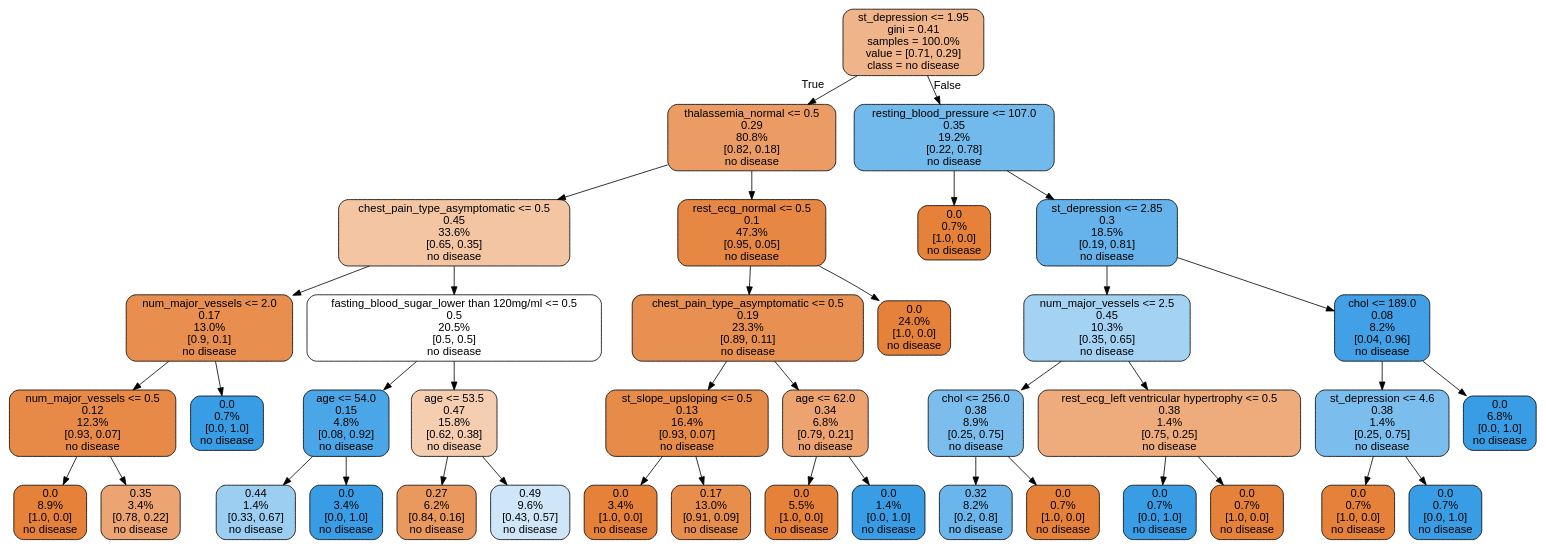
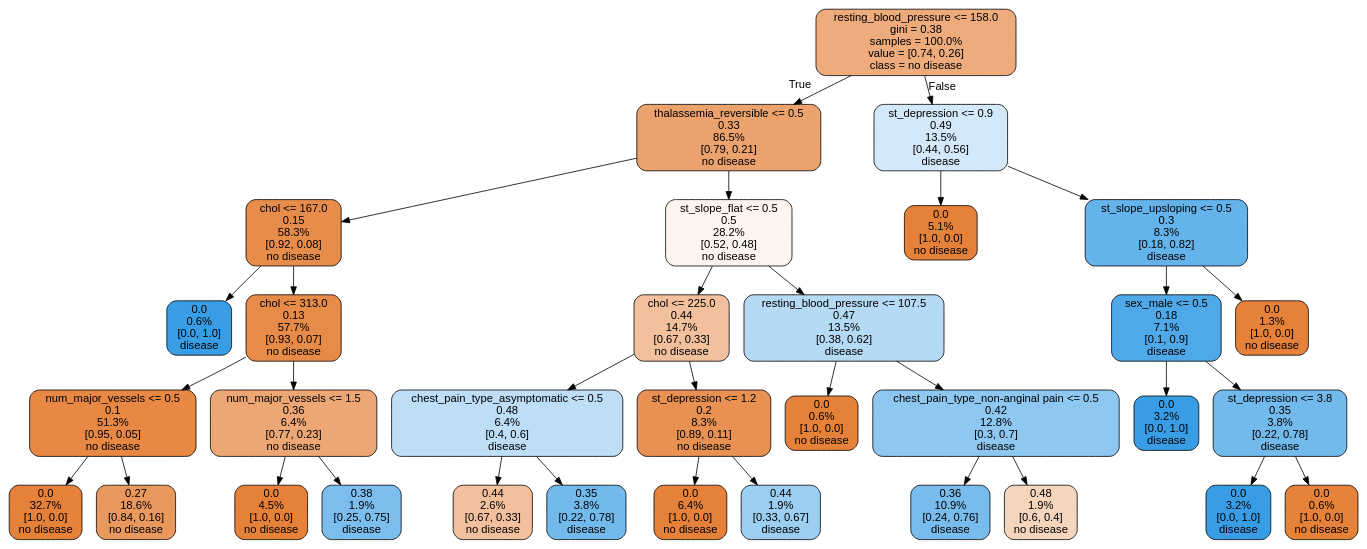
One commit to SarvaniK-26/VitalSense changed the diagram in tree.dot. Above: the diagram before and after it, drawn with Graphviz. The commit also changed 2 other files, not shown here.

Commit message:
update permutation importances chart

```diff
--- a/tree.dot
+++ b/tree.dot
@@ -1,81 +1,69 @@
 digraph Tree {
 node [shape=box, style="filled, rounded", color="black", fontname="helvetica"] ;
 edge [fontname="helvetica"] ;
-0 [label="st_depression <= 1.95\ngini = 0.41\nsamples = 100.0%\nvalue = [0.71, 0.29]\nclass = no disease", fillcolor="#f0b48a"] ;
-1 [label="thalassemia_normal <= 0.5\n0.29\n80.8%\n[0.82, 0.18]\nno disease", fillcolor="#eb9c64"] ;
+0 [label="resting_blood_pressure <= 158.0\ngini = 0.38\nsamples = 100.0%\nvalue = [0.74, 0.26]\nclass = no disease", fillcolor="#eeac7d"] ;
+1 [label="thalassemia_reversible <= 0.5\n0.33\n86.5%\n[0.79, 0.21]\nno disease", fillcolor="#eca26d"] ;
 0 -> 1 [labeldistance=2.5, labelangle=45, headlabel="True"] ;
-2 [label="chest_pain_type_asymptomatic <= 0.5\n0.45\n33.6%\n[0.65, 0.35]\nno disease", fillcolor="#f3c5a3"] ;
+2 [label="chol <= 167.0\n0.15\n58.3%\n[0.92, 0.08]\nno disease", fillcolor="#e78d4b"] ;
 1 -> 2 ;
-3 [label="num_major_vessels <= 2.0\n0.17\n13.0%\n[0.9, 0.1]\nno disease", fillcolor="#e88e4e"] ;
+3 [label="0.0\n0.6%\n[0.0, 1.0]\ndisease", fillcolor="#399de5"] ;
 2 -> 3 ;
-4 [label="num_major_vessels <= 0.5\n0.12\n12.3%\n[0.93, 0.07]\nno disease", fillcolor="#e78a47"] ;
-3 -> 4 ;
-5 [label="0.0\n8.9%\n[1.0, 0.0]\nno disease", fillcolor="#e58139"] ;
+4 [label="chol <= 313.0\n0.13\n57.7%\n[0.93, 0.07]\nno disease", fillcolor="#e78b48"] ;
+2 -> 4 ;
+5 [label="num_major_vessels <= 0.5\n0.1\n51.3%\n[0.95, 0.05]\nno disease", fillcolor="#e78844"] ;
 4 -> 5 ;
-6 [label="0.35\n3.4%\n[0.78, 0.22]\nno disease", fillcolor="#eca572"] ;
-4 -> 6 ;
-7 [label="0.0\n0.7%\n[0.0, 1.0]\nno disease", fillcolor="#399de5"] ;
-3 -> 7 ;
-8 [label="fasting_blood_sugar_lower than 120mg/ml <= 0.5\n0.5\n20.5%\n[0.5, 0.5]\nno disease", fillcolor="#ffffff"] ;
-2 -> 8 ;
-9 [label="age <= 54.0\n0.15\n4.8%\n[0.08, 0.92]\nno disease", fillcolor="#4ba6e7"] ;
+6 [label="0.0\n32.7%\n[1.0, 0.0]\nno disease", fillcolor="#e58139"] ;
+5 -> 6 ;
+7 [label="0.27\n18.6%\n[0.84, 0.16]\nno disease", fillcolor="#ea995e"] ;
+5 -> 7 ;
+8 [label="num_major_vessels <= 1.5\n0.36\n6.4%\n[0.77, 0.23]\nno disease", fillcolor="#eda774"] ;
+4 -> 8 ;
+9 [label="0.0\n4.5%\n[1.0, 0.0]\nno disease", fillcolor="#e58139"] ;
 8 -> 9 ;
-10 [label="0.44\n1.4%\n[0.33, 0.67]\nno disease", fillcolor="#9ccef2"] ;
-9 -> 10 ;
-11 [label="0.0\n3.4%\n[0.0, 1.0]\nno disease", fillcolor="#399de5"] ;
-9 -> 11 ;
-12 [label="age <= 53.5\n0.47\n15.8%\n[0.62, 0.38]\nno disease", fillcolor="#f5cdb0"] ;
-8 -> 12 ;
-13 [label="0.27\n6.2%\n[0.84, 0.16]\nno disease", fillcolor="#ea995e"] ;
+10 [label="0.38\n1.9%\n[0.25, 0.75]\ndisease", fillcolor="#7bbeee"] ;
+8 -> 10 ;
+11 [label="st_slope_flat <= 0.5\n0.5\n28.2%\n[0.52, 0.48]\nno disease", fillcolor="#fdf4ee"] ;
+1 -> 11 ;
+12 [label="chol <= 225.0\n0.44\n14.7%\n[0.67, 0.33]\nno disease", fillcolor="#f2c09c"] ;
+11 -> 12 ;
+13 [label="chest_pain_type_asymptomatic <= 0.5\n0.48\n6.4%\n[0.4, 0.6]\ndisease", fillcolor="#bddef6"] ;
 12 -> 13 ;
-14 [label="0.49\n9.6%\n[0.43, 0.57]\nno disease", fillcolor="#cee6f8"] ;
-12 -> 14 ;
-15 [label="rest_ecg_normal <= 0.5\n0.1\n47.3%\n[0.95, 0.05]\nno disease", fillcolor="#e68844"] ;
-1 -> 15 ;
-16 [label="chest_pain_type_asymptomatic <= 0.5\n0.19\n23.3%\n[0.89, 0.11]\nno disease", fillcolor="#e89051"] ;
-15 -> 16 ;
-17 [label="st_slope_upsloping <= 0.5\n0.13\n16.4%\n[0.93, 0.07]\nno disease", fillcolor="#e78b48"] ;
+14 [label="0.44\n2.6%\n[0.67, 0.33]\nno disease", fillcolor="#f2c09c"] ;
+13 -> 14 ;
+15 [label="0.35\n3.8%\n[0.22, 0.78]\ndisease", fillcolor="#72b9ec"] ;
+13 -> 15 ;
+16 [label="st_depression <= 1.2\n0.2\n8.3%\n[0.89, 0.11]\nno disease", fillcolor="#e89152"] ;
+12 -> 16 ;
+17 [label="0.0\n6.4%\n[1.0, 0.0]\nno disease", fillcolor="#e58139"] ;
 16 -> 17 ;
-18 [label="0.0\n3.4%\n[1.0, 0.0]\nno disease", fillcolor="#e58139"] ;
-17 -> 18 ;
-19 [label="0.17\n13.0%\n[0.91, 0.09]\nno disease", fillcolor="#e88e4d"] ;
-17 -> 19 ;
-20 [label="age <= 62.0\n0.34\n6.8%\n[0.79, 0.21]\nno disease", fillcolor="#eca36f"] ;
-16 -> 20 ;
-21 [label="0.0\n5.5%\n[1.0, 0.0]\nno disease", fillcolor="#e58139"] ;
-20 -> 21 ;
-22 [label="0.0\n1.4%\n[0.0, 1.0]\nno disease", fillcolor="#399de5"] ;
-20 -> 22 ;
-23 [label="0.0\n24.0%\n[1.0, 0.0]\nno disease", fillcolor="#e58139"] ;
-15 -> 23 ;
-24 [label="resting_blood_pressure <= 107.0\n0.35\n19.2%\n[0.22, 0.78]\nno disease", fillcolor="#72b9ec"] ;
+18 [label="0.44\n1.9%\n[0.33, 0.67]\ndisease", fillcolor="#9ccef2"] ;
+16 -> 18 ;
+19 [label="resting_blood_pressure <= 107.5\n0.47\n13.5%\n[0.38, 0.62]\ndisease", fillcolor="#b4daf5"] ;
+11 -> 19 ;
+20 [label="0.0\n0.6%\n[1.0, 0.0]\nno disease", fillcolor="#e58139"] ;
+19 -> 20 ;
+21 [label="chest_pain_type_non-anginal pain <= 0.5\n0.42\n12.8%\n[0.3, 0.7]\ndisease", fillcolor="#8ec7f0"] ;
+19 -> 21 ;
+22 [label="0.36\n10.9%\n[0.24, 0.76]\ndisease", fillcolor="#78bced"] ;
+21 -> 22 ;
+23 [label="0.48\n1.9%\n[0.6, 0.4]\nno disease", fillcolor="#f6d5bd"] ;
+21 -> 23 ;
+24 [label="st_depression <= 0.9\n0.49\n13.5%\n[0.44, 0.56]\ndisease", fillcolor="#d3e9f9"] ;
 0 -> 24 [labeldistance=2.5, labelangle=-45, headlabel="False"] ;
-25 [label="0.0\n0.7%\n[1.0, 0.0]\nno disease", fillcolor="#e58139"] ;
+25 [label="0.0\n5.1%\n[1.0, 0.0]\nno disease", fillcolor="#e58139"] ;
 24 -> 25 ;
-26 [label="st_depression <= 2.85\n0.3\n18.5%\n[0.19, 0.81]\nno disease", fillcolor="#66b3eb"] ;
+26 [label="st_slope_upsloping <= 0.5\n0.3\n8.3%\n[0.18, 0.82]\ndisease", fillcolor="#65b3eb"] ;
 24 -> 26 ;
-27 [label="num_major_vessels <= 2.5\n0.45\n10.3%\n[0.35, 0.65]\nno disease", fillcolor="#a4d2f3"] ;
+27 [label="sex_male <= 0.5\n0.18\n7.1%\n[0.1, 0.9]\ndisease", fillcolor="#4fa8e8"] ;
 26 -> 27 ;
-28 [label="chol <= 256.0\n0.38\n8.9%\n[0.25, 0.75]\nno disease", fillcolor="#7bbeee"] ;
+28 [label="0.0\n3.2%\n[0.0, 1.0]\ndisease", fillcolor="#399de5"] ;
 27 -> 28 ;
-29 [label="0.32\n8.2%\n[0.2, 0.8]\nno disease", fillcolor="#6ab6ec"] ;
-28 -> 29 ;
-30 [label="0.0\n0.7%\n[1.0, 0.0]\nno disease", fillcolor="#e58139"] ;
-28 -> 30 ;
-31 [label="rest_ecg_left ventricular hypertrophy <= 0.5\n0.38\n1.4%\n[0.75, 0.25]\nno disease", fillcolor="#eeab7b"] ;
-27 -> 31 ;
-32 [label="0.0\n0.7%\n[0.0, 1.0]\nno disease", fillcolor="#399de5"] ;
-31 -> 32 ;
-33 [label="0.0\n0.7%\n[1.0, 0.0]\nno disease", fillcolor="#e58139"] ;
-31 -> 33 ;
-34 [label="chol <= 189.0\n0.08\n8.2%\n[0.04, 0.96]\nno disease", fillcolor="#42a1e6"] ;
-26 -> 34 ;
-35 [label="st_depression <= 4.6\n0.38\n1.4%\n[0.25, 0.75]\nno disease", fillcolor="#7bbeee"] ;
-34 -> 35 ;
-36 [label="0.0\n0.7%\n[1.0, 0.0]\nno disease", fillcolor="#e58139"] ;
-35 -> 36 ;
-37 [label="0.0\n0.7%\n[0.0, 1.0]\nno disease", fillcolor="#399de5"] ;
-35 -> 37 ;
-38 [label="0.0\n6.8%\n[0.0, 1.0]\nno disease", fillcolor="#399de5"] ;
-34 -> 38 ;
+29 [label="st_depression <= 3.8\n0.35\n3.8%\n[0.22, 0.78]\ndisease", fillcolor="#72b9ec"] ;
+27 -> 29 ;
+30 [label="0.0\n3.2%\n[0.0, 1.0]\ndisease", fillcolor="#399de5"] ;
+29 -> 30 ;
+31 [label="0.0\n0.6%\n[1.0, 0.0]\nno disease", fillcolor="#e58139"] ;
+29 -> 31 ;
+32 [label="0.0\n1.3%\n[1.0, 0.0]\nno disease", fillcolor="#e58139"] ;
+26 -> 32 ;
 }
```
